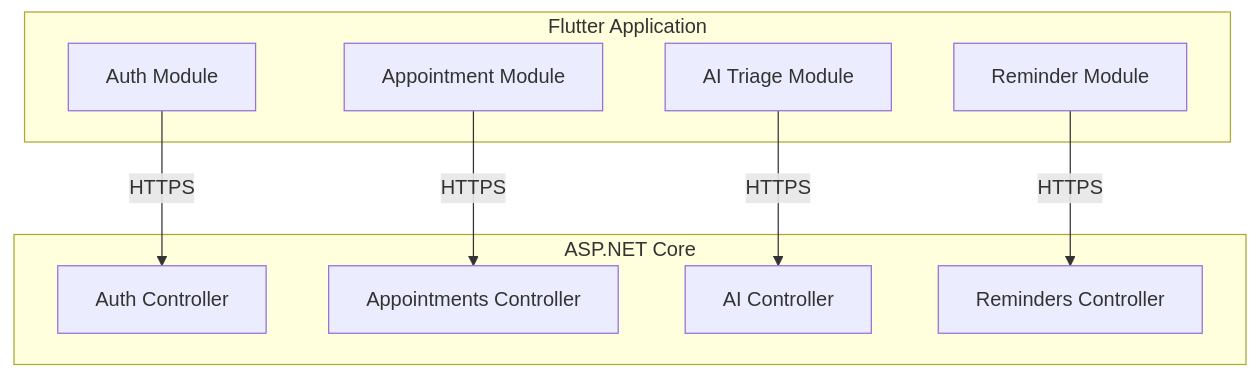
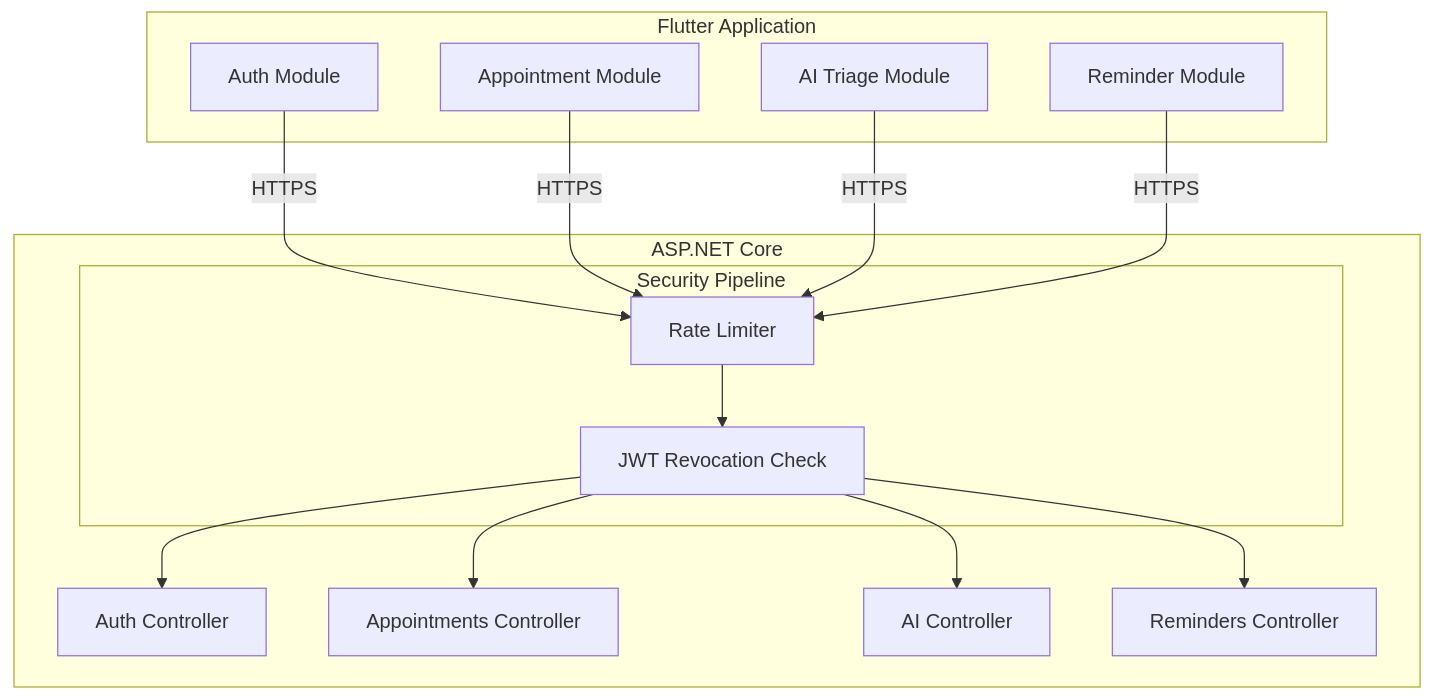
Before and after one commit to mediaibuitems-ui/Medi-AI_B_F: the sixth of 20 diagrams in Medi_AI_Backend_railway/thesis/Medi-AI_Thesis.md, drawn with Mermaid. The commit also changed other lines of this file and 1 other file, not shown here.

Commit message:
docs: align thesis diagrams with technical audit findings

````diff
--- a/Medi_AI_Backend_railway/thesis/Medi-AI_Thesis.md
+++ b/Medi_AI_Backend_railway/thesis/Medi-AI_Thesis.md
@@ -719,21 +728,30 @@
 ```mermaid
 flowchart TD
     subgraph Frontend [Flutter Application]
         AuthUI[Auth Module]
         ApptUI[Appointment Module]
         AIUI[AI Triage Module]
         RemUI[Reminder Module]
     end
     
     subgraph Backend [ASP.NET Core]
+        subgraph Middleware [Security Pipeline]
+            RateLimiter[Rate Limiter]
+            JWTRevoke[JWT Revocation Check]
+        end
         AuthAPI[Auth Controller]
         ApptAPI[Appointments Controller]
         AIAPI[AI Controller]
         RemAPI[Reminders Controller]
     end
 
-    AuthUI -->|HTTPS| AuthAPI
-    ApptUI -->|HTTPS| ApptAPI
-    AIUI -->|HTTPS| AIAPI
-    RemUI -->|HTTPS| RemAPI
+    AuthUI -->|HTTPS| RateLimiter
+    ApptUI -->|HTTPS| RateLimiter
+    AIUI -->|HTTPS| RateLimiter
+    RemUI -->|HTTPS| RateLimiter
+    RateLimiter --> JWTRevoke
+    JWTRevoke --> AuthAPI
+    JWTRevoke --> ApptAPI
+    JWTRevoke --> AIAPI
+    JWTRevoke --> RemAPI
 ```
````
